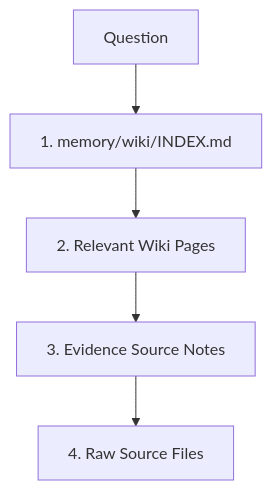
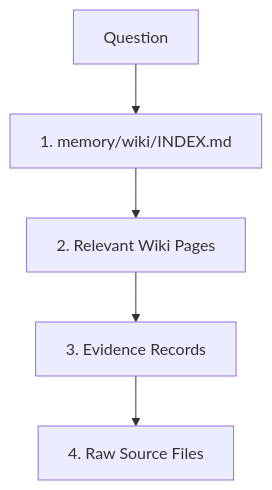
The second of 4 diagrams in README.md (latentarts/memoid), drawn with Mermaid before and after one commit. The commit also changed other lines of this file and 17 other files, not shown here.

````diff
--- a/README.md
+++ b/README.md
@@ -252,7 +215,7 @@
 ```mermaid
 graph TD
     Q[Question] --> L1[1. memory/wiki/INDEX.md]
     L1 --> L2[2. Relevant Wiki Pages]
-    L2 --> L3[3. Evidence Source Notes]
+    L2 --> L3[3. Evidence Records]
     L3 --> L4[4. Raw Source Files]
 ```
````
